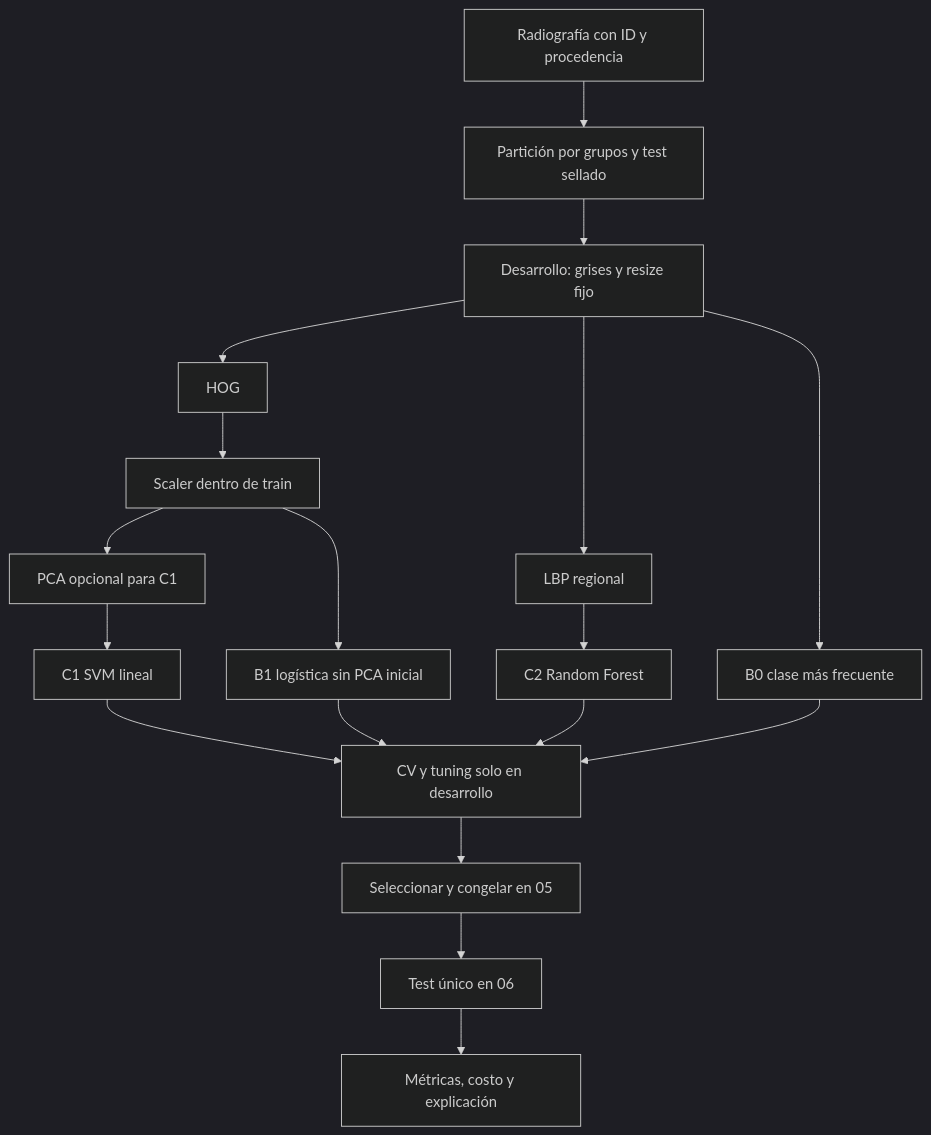
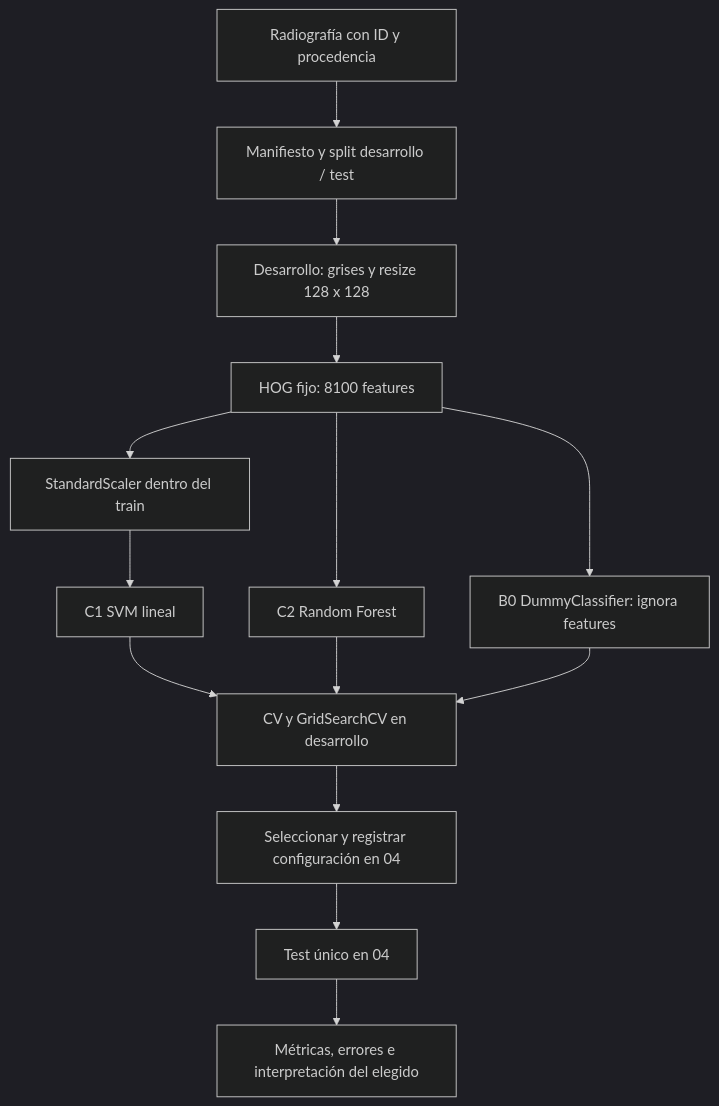
The second of 2 diagrams in docs/COMPARATIVA_TFC_VS_PROPUESTA.md (juanquiros/ia2-covid-xray-ml), drawn with Mermaid (dark theme) before and after one commit. The commit also changed other lines of this file and 21 other files, not shown here.

````diff
--- a/docs/COMPARATIVA_TFC_VS_PROPUESTA.md
+++ b/docs/COMPARATIVA_TFC_VS_PROPUESTA.md
@@ -130,20 +127,16 @@
 ```mermaid
 flowchart TD
-    A[Radiografía con ID y procedencia] --> B[Partición por grupos y test sellado]
-    B --> C[Desarrollo: grises y resize fijo]
-    C --> D[HOG]
-    C --> E[LBP regional]
-    D --> F[Scaler dentro de train]
-    F --> P[PCA opcional para C1]
-    P --> G[C1 SVM lineal]
-    F --> R[B1 logística sin PCA inicial]
-    E --> H[C2 Random Forest]
-    C --> I[B0 clase más frecuente]
-    G --> J[CV y tuning solo en desarrollo]
-    R --> J
-    H --> J
-    I --> J
-    J --> K[Seleccionar y congelar en 05]
-    K --> L[Test único en 06]
-    L --> M[Métricas, costo y explicación]
+    A[Radiografía con ID y procedencia] --> B[Manifiesto y split desarrollo / test]
+    B --> C[Desarrollo: grises y resize 128 x 128]
+    C --> D[HOG fijo: 8100 features]
+    D --> E[StandardScaler dentro del train]
+    E --> F[C1 SVM lineal]
+    D --> G[C2 Random Forest]
+    D --> H[B0 DummyClassifier: ignora features]
+    F --> I[CV y GridSearchCV en desarrollo]
+    G --> I
+    H --> I
+    I --> J[Seleccionar y registrar configuración en 04]
+    J --> K[Test único en 04]
+    K --> L[Métricas, errores e interpretación del elegido]
 ```
````
